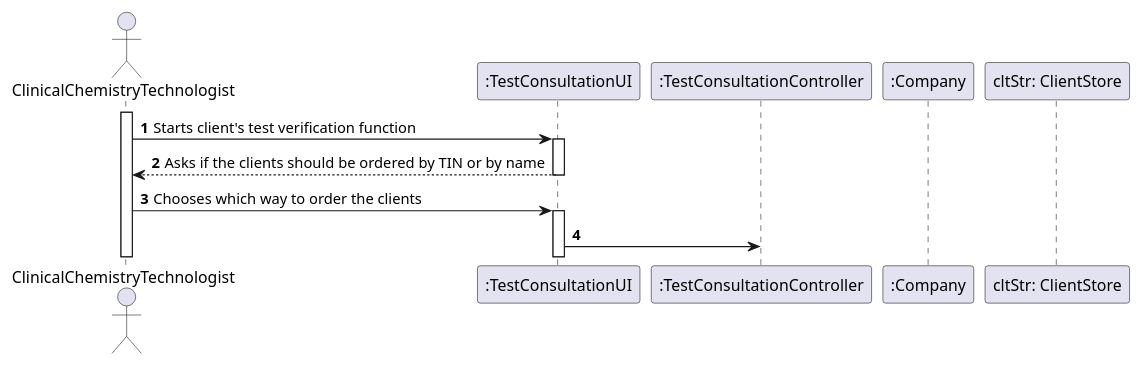
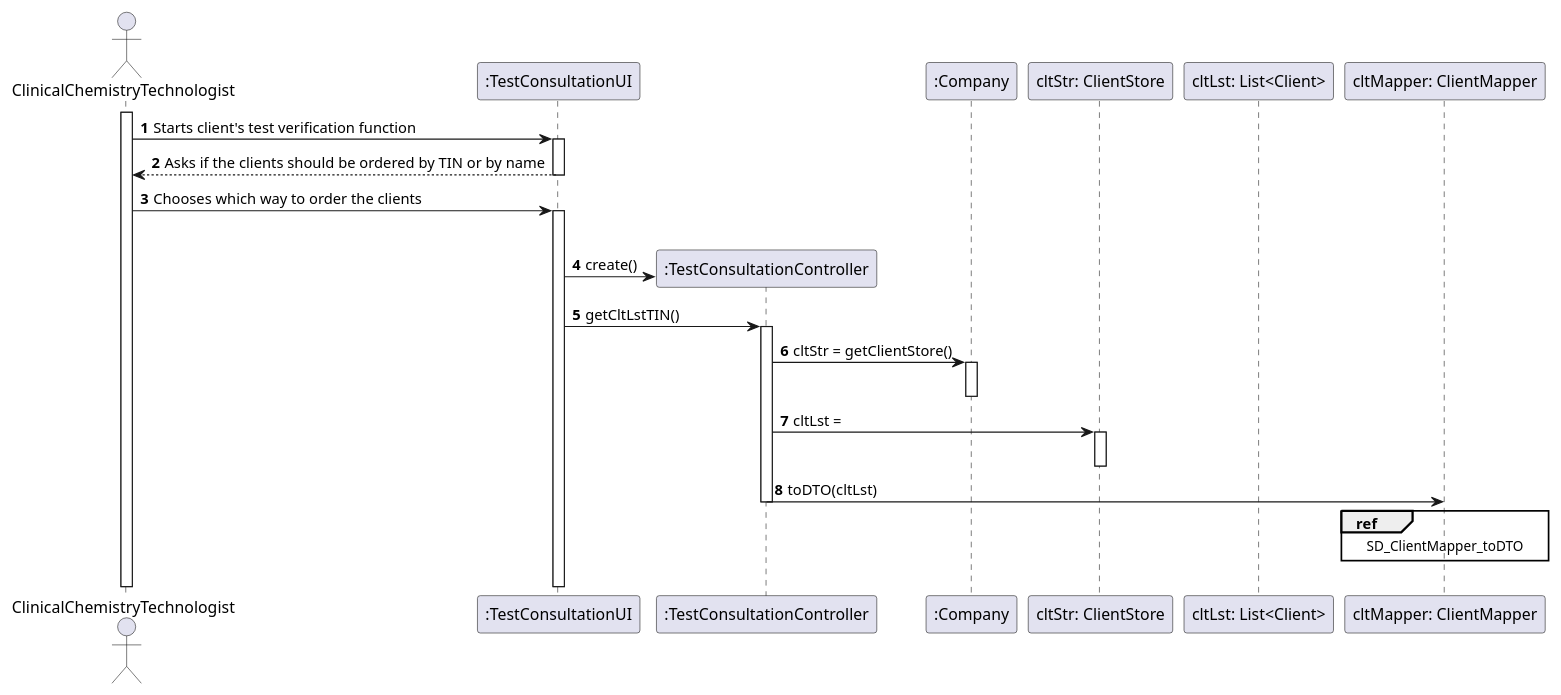
One commit to MadDinosaur/ISEP-LAPR2 changed the diagram in docs/SprintD/US13/US13_SD.puml. Above: the diagram before and after it, drawn with PlantUML. The commit also changed 1 other file, not shown here.

```diff
--- a/docs/SprintD/US13/US13_SD.puml
+++ b/docs/SprintD/US13/US13_SD.puml
@@ -1,22 +1,45 @@
 @startuml
 'https://plantuml.com/sequence-diagram
 
 autonumber
 
 actor ClinicalChemistryTechnologist as CCT
 participant ":TestConsultationUI" as UI
 participant ":TestConsultationController" as CTRL
 participant ":Company" as CMP
 participant "cltStr: ClientStore" as STORE
+participant "cltLst: List<Client>" as LST
+participant "cltMapper: ClientMapper" as MAP
 
 activate CCT
 CCT -> UI: Starts client's test verification function
 activate UI
 UI --> CCT: Asks if the clients should be ordered by TIN or by name
 deactivate UI
 CCT -> UI: Chooses which way to order the clients
 activate UI
-UI -> CTRL:
 
+alt by TIN
+
+create CTRL
+UI -> CTRL: create()
+
+UI -> CTRL: getCltLstTIN()
+activate CTRL
+
+CTRL -> CMP: cltStr = getClientStore()
+activate CMP
+deactivate CMP
+
+CTRL -> STORE: cltLst =
+activate STORE
+deactivate STORE
+
+CTRL -> MAP: toDTO(cltLst)
+ref over MAP: SD_ClientMapper_toDTO
+
+deactivate CTRL
+
+else by Name
 
 @enduml
```
